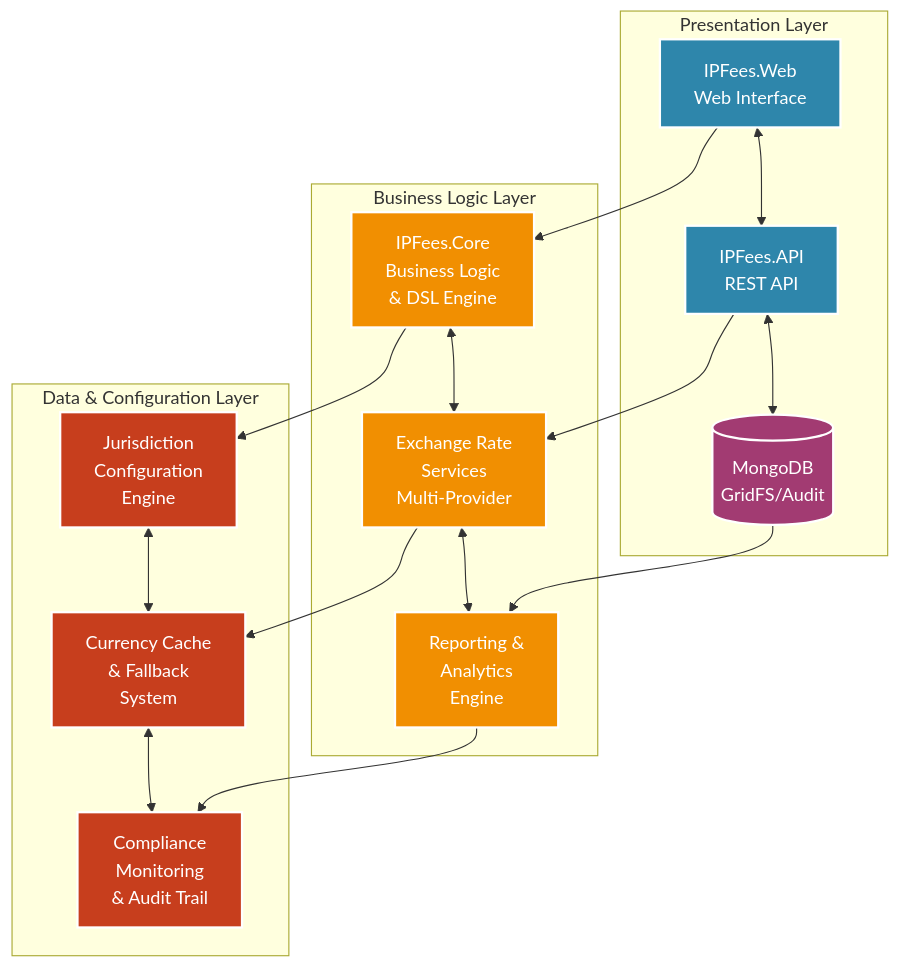
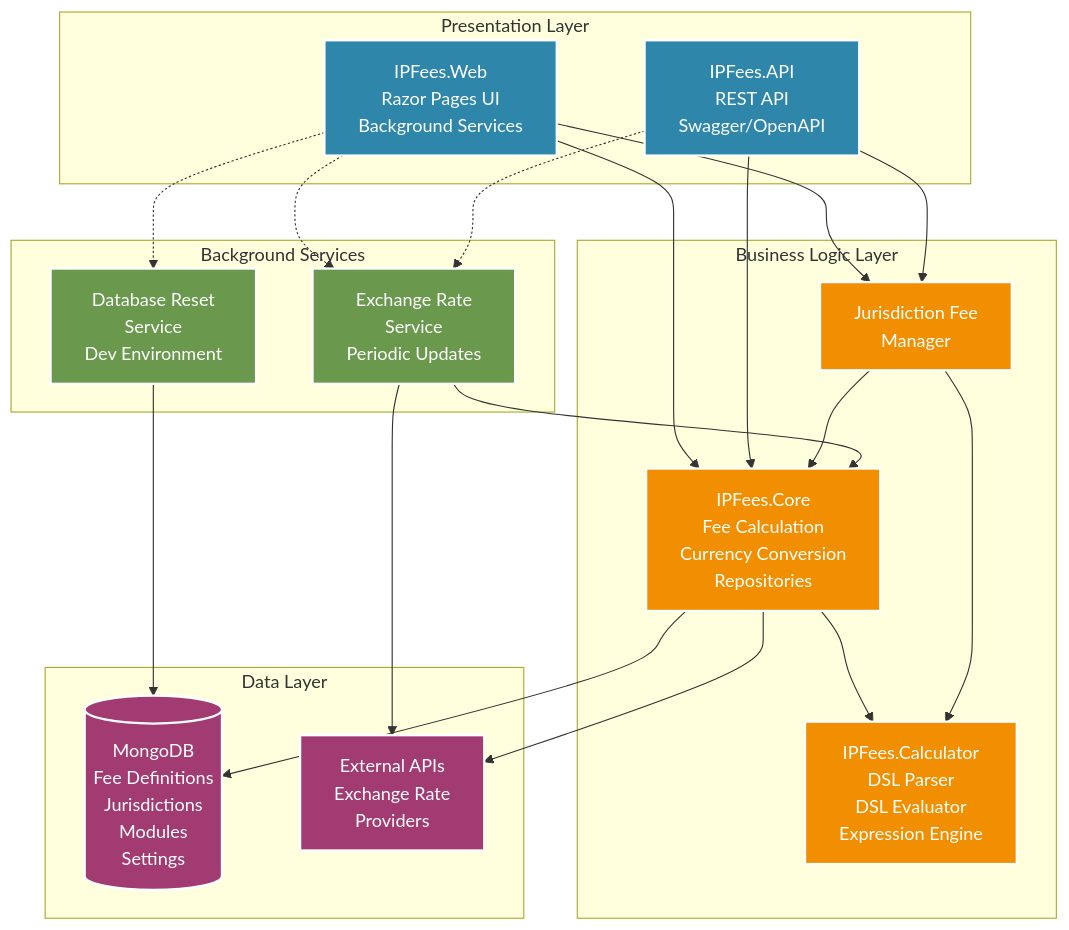
The diagram in docs/architecture.md (vbocan/ipfees), drawn with Mermaid before and after one commit. The commit also changed other lines of this file, not shown here.

Commit message:
Revise architecture documentation for clarity and detail

````diff
--- a/docs/architecture.md
+++ b/docs/architecture.md
@@ -3,48 +3,58 @@
 ```mermaid
 graph TB
     %% Define subgraphs for layers
     subgraph "Presentation Layer"
-        Web[IPFees.Web<br/>Web Interface]
-        API[IPFees.API<br/>REST API]
-        Mongo[(MongoDB<br/>GridFS/Audit)]
+        Web[IPFees.Web<br/>Razor Pages UI<br/>Background Services]
+        API[IPFees.API<br/>REST API<br/>Swagger/OpenAPI]
     end
 
     subgraph "Business Logic Layer"
-        Core[IPFees.Core<br/>Business Logic<br/>& DSL Engine]
-        Exchange[Exchange Rate<br/>Services<br/>Multi-Provider]
-        Reporting[Reporting &<br/>Analytics<br/>Engine]
+        Core[IPFees.Core<br/>Fee Calculation<br/>Currency Conversion<br/>Repositories]
+        Calculator[IPFees.Calculator<br/>DSL Parser<br/>DSL Evaluator<br/>Expression Engine]
+        FeeManager[Jurisdiction Fee<br/>Manager]
     end
 
-    subgraph "Data & Configuration Layer"
-        Jurisdiction[Jurisdiction<br/>Configuration<br/>Engine]
-        Currency[Currency Cache<br/>& Fallback<br/>System]
-        Compliance[Compliance<br/>Monitoring<br/>& Audit Trail]
+    subgraph "Data Layer"
+        Mongo[(MongoDB<br/>Fee Definitions<br/>Jurisdictions<br/>Modules<br/>Settings)]
+        ExternalAPI[External APIs<br/>Exchange Rate<br/>Providers]
     end
 
-    %% Horizontal connections (bidirectional)
-    Web <--> API
-    API <--> Mongo
-    Core <--> Exchange
-    Exchange <--> Reporting
-    Jurisdiction <--> Currency
-    Currency <--> Compliance
+    subgraph "Background Services"
+        ExchangeService[Exchange Rate<br/>Service<br/>Periodic Updates]
+        ResetService[Database Reset<br/>Service<br/>Dev Environment]
+    end
 
-    %% Vertical connections (downward flow)
+    %% Presentation to Business Logic
     Web --> Core
-    API --> Exchange
-    Mongo --> Reporting
-    Core --> Jurisdiction
-    Exchange --> Currency
-    Reporting --> Compliance
+    Web --> FeeManager
+    API --> Core
+    API --> FeeManager
+
+    %% Business Logic dependencies
+    Core --> Calculator
+    Core --> Mongo
+    FeeManager --> Core
+    FeeManager --> Calculator
+
+    %% Background Services
+    ExchangeService --> Core
+    ExchangeService --> ExternalAPI
+    ResetService --> Mongo
+    Web -.-> ExchangeService
+    Web -.-> ResetService
+    API -.-> ExchangeService
+
+    %% Data access
+    Core --> ExternalAPI
 
     %% Styling
     classDef presentation fill:#2E86AB,stroke:#fff,stroke-width:2px,color:#fff
     classDef business fill:#F18F01,stroke:#fff,stroke-width:2px,color:#fff
-    classDef data fill:#C73E1D,stroke:#fff,stroke-width:2px,color:#fff
-    classDef database fill:#A23B72,stroke:#fff,stroke-width:2px,color:#fff
+    classDef data fill:#A23B72,stroke:#fff,stroke-width:2px,color:#fff
+    classDef services fill:#6A994E,stroke:#fff,stroke-width:2px,color:#fff
 
     class Web,API presentation
-    class Core,Exchange,Reporting business
-    class Jurisdiction,Currency,Compliance data
-    class Mongo database
+    class Core,Calculator,FeeManager business
+    class Mongo,ExternalAPI data
+    class ExchangeService,ResetService services
 ```
````
